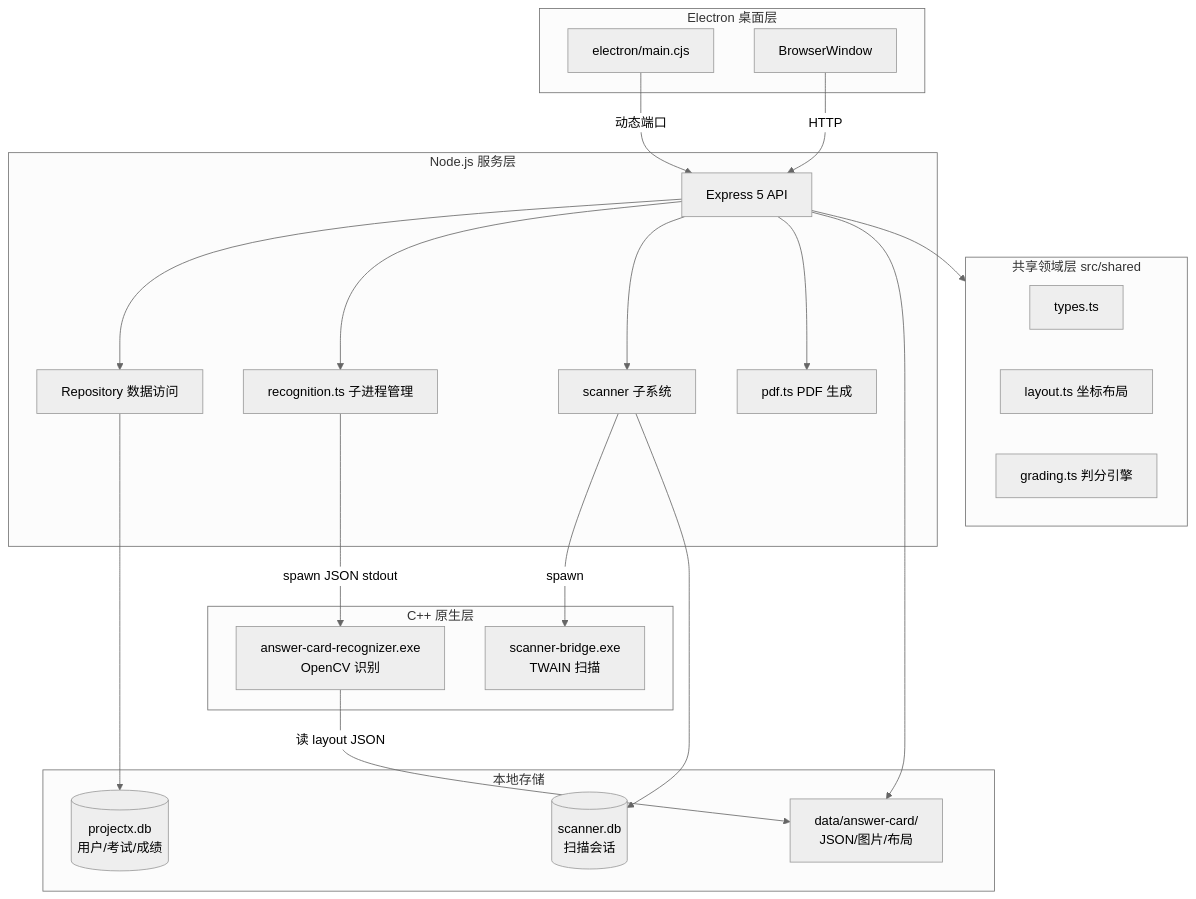
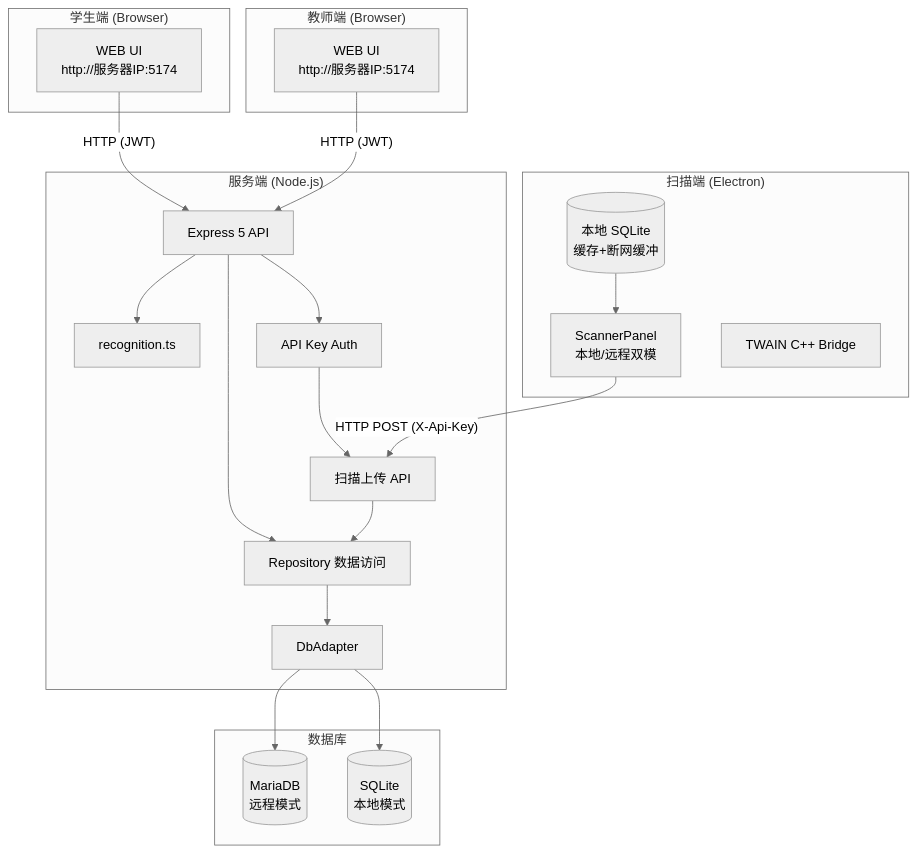
The first of 4 diagrams in readus/ARCHITECTURE.md (Dalian-No-5-Middle-School-I-T-C/Project-X), drawn with Mermaid (neutral theme) before and after one commit. The commit also changed 18 other files, not shown here.

````diff
--- a/readus/ARCHITECTURE.md
+++ b/readus/ARCHITECTURE.md
@@ -11,46 +15,44 @@
 ```mermaid
 flowchart TB
-    subgraph Desktop["Electron 桌面层"]
-        EM[electron/main.cjs]
-        BW[BrowserWindow]
+    subgraph Scanner["扫描端 (Electron)"]
+        SCAN_UI["ScannerPanel<br/>本地/远程双模"]
+        TWAIN["TWAIN C++ Bridge"]
+        SCAN_SQLITE[("本地 SQLite<br/>缓存+断网缓冲")]
     end
 
-    subgraph Node["Node.js 服务层"]
-        EX[Express 5 API]
-        REPO[Repository 数据访问]
-        REC[recognition.ts 子进程管理]
-        SCN[scanner 子系统]
-        PDF[pdf.ts PDF 生成]
+    subgraph Teacher["教师端 (Browser)"]
+        T_UI["WEB UI<br/>http://服务器IP:5174"]
     end
 
-    subgraph Shared["共享领域层 src/shared"]
-        TYPES[types.ts]
-        LAYOUT[layout.ts 坐标布局]
-        GRADE[grading.ts 判分引擎]
+    subgraph Student["学生端 (Browser)"]
+        S_UI["WEB UI<br/>http://服务器IP:5174"]
     end
 
-    subgraph Native["C++ 原生层"]
-        OCR[answer-card-recognizer.exe<br/>OpenCV 识别]
-        TWAIN[scanner-bridge.exe<br/>TWAIN 扫描]
+    subgraph Server["服务端 (Node.js)"]
+        EX["Express 5 API"]
+        REPO["Repository 数据访问"]
+        REC["recognition.ts"]
+        SCAN_API["扫描上传 API"]
+        APIKEY["API Key Auth"]
+        DB_ADAPTER["DbAdapter"]
     end
 
-    subgraph Storage["本地存储"]
-        DB1[(projectx.db<br/>用户/考试/成绩)]
-        DB2[(scanner.db<br/>扫描会话)]
-        FS[data/answer-card/<br/>JSON/图片/布局]
+    subgraph DB["数据库"]
+        SQLITE[("SQLite<br/>本地模式")]
+        MARIA[("MariaDB<br/>远程模式")]
     end
 
-    EM -->|动态端口| EX
-    BW -->|HTTP| EX
+    SCAN_UI -->|"HTTP POST (X-Api-Key)"| SCAN_API
+    T_UI -->|"HTTP (JWT)"| EX
+    S_UI -->|"HTTP (JWT)"| EX
+    SCAN_SQLITE --> SCAN_UI
+
+    EX --> APIKEY
     EX --> REPO
     EX --> REC
-    EX --> SCN
-    EX --> PDF
-    EX --> Shared
-    REC -->|spawn JSON stdout| OCR
-    SCN -->|spawn| TWAIN
-    REPO --> DB1
-    SCN --> DB2
-    EX --> FS
-    OCR -->|读 layout JSON| FS
+    APIKEY --> SCAN_API
+    SCAN_API --> REPO
+    REPO --> DB_ADAPTER
+    DB_ADAPTER --> SQLITE
+    DB_ADAPTER --> MARIA
 ```
````
